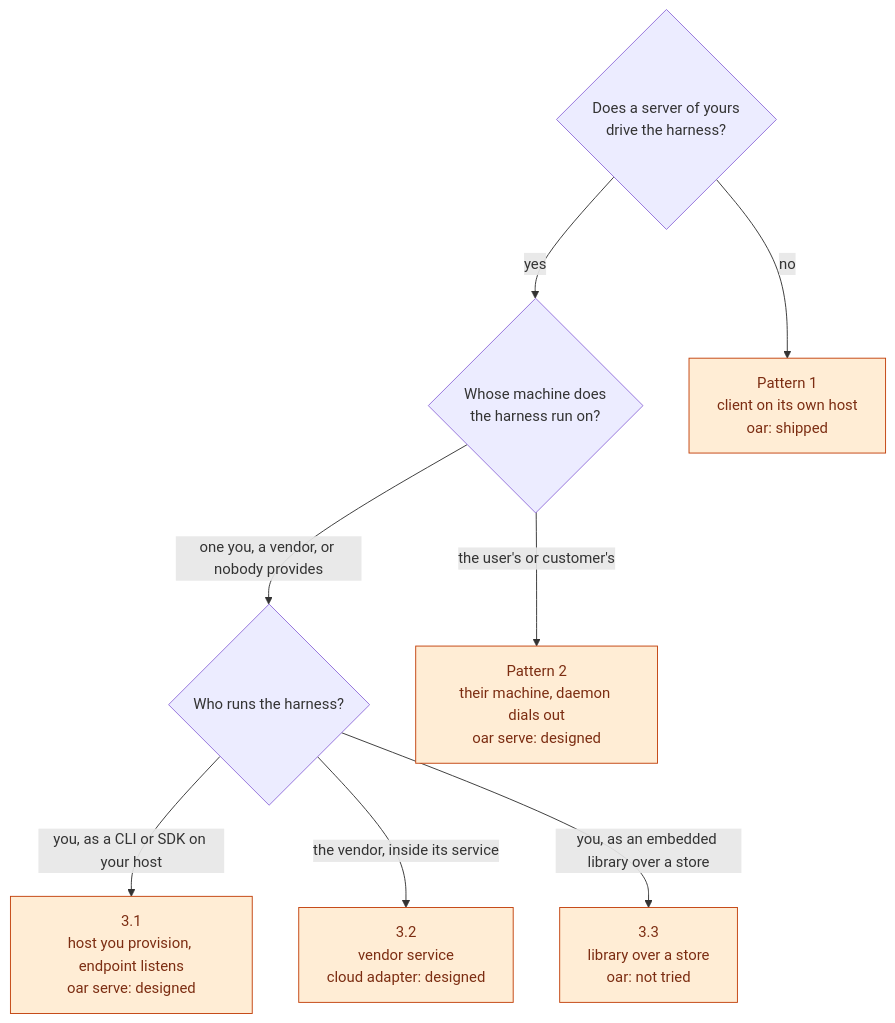
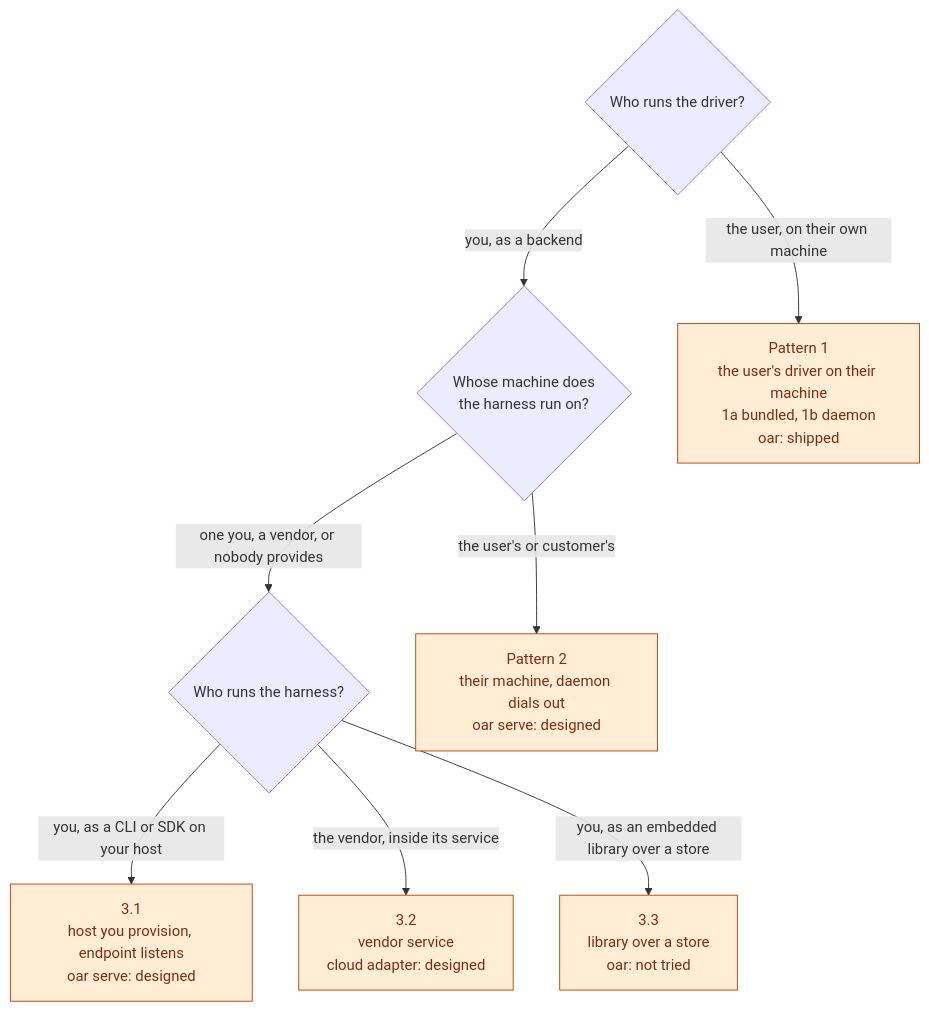
One commit to botiverse/oar changed diagram 13 of 13 in docs/design/patterns.md. Above: the diagram before and after it, drawn with Mermaid. The commit also changed other lines of this file, not shown here.

First line of the commit message:
docs(design): patterns split the application into client and driver, pattern 1 gets 1a and 1b

````diff
--- a/docs/design/patterns.md
+++ b/docs/design/patterns.md
@@ -990,20 +1070,20 @@
 ```mermaid
 flowchart TD
-  Q1{"Does a server of yours<br/>drive the harness?"}
+  Q1{"Who runs the driver?"}
   Q2{"Whose machine does<br/>the harness run on?"}
   Q3{"Who runs the harness?"}
-  P1["Pattern 1<br/>client on its own host<br/>oar: shipped"]
+  P1["Pattern 1<br/>the user's driver on their machine<br/>1a bundled, 1b daemon<br/>oar: shipped"]
   P2["Pattern 2<br/>their machine, daemon dials out<br/>oar serve: designed"]
   P31["3.1<br/>host you provision, endpoint listens<br/>oar serve: designed"]
   P32["3.2<br/>vendor service<br/>cloud adapter: designed"]
   P33["3.3<br/>library over a store<br/>oar: not tried"]
-  Q1 -- "no" --> P1
-  Q1 -- "yes" --> Q2
+  Q1 -- "the user, on their own machine" --> P1
+  Q1 -- "you, as a backend" --> Q2
   Q2 -- "the user's or customer's" --> P2
   Q2 -- "one you, a vendor, or nobody provides" --> Q3
   Q3 -- "you, as a CLI or SDK on your host" --> P31
   Q3 -- "the vendor, inside its service" --> P32
   Q3 -- "you, as an embedded library over a store" --> P33
   classDef p fill:#ffedd5,stroke:#c2410c,color:#7c2d12
   class P1,P2,P31,P32,P33 p
 ```
````
